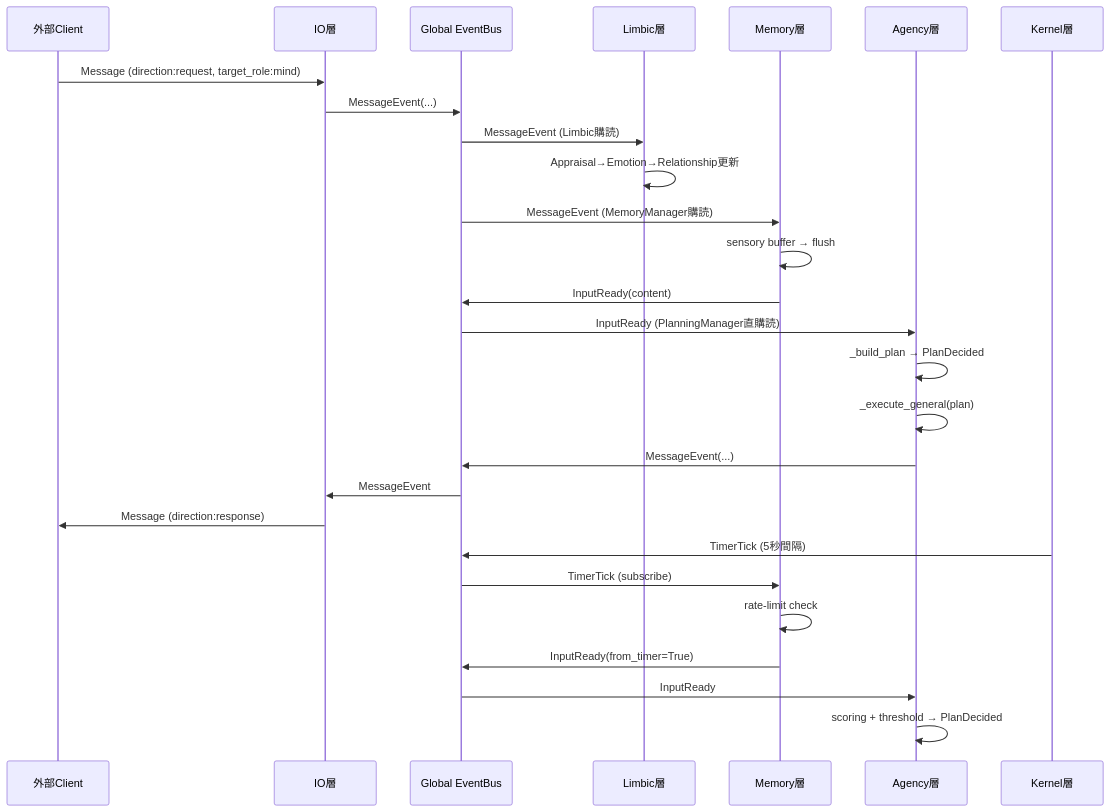
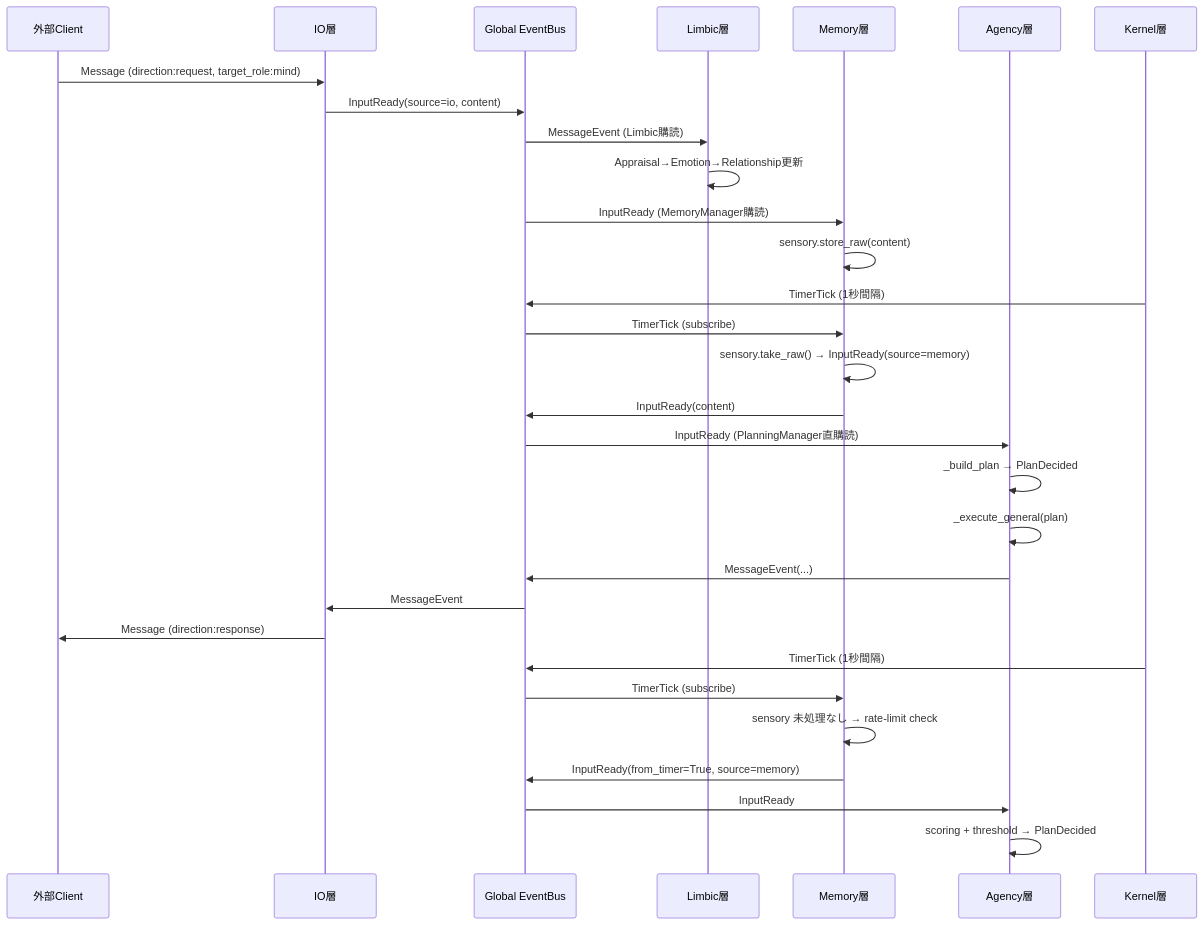
Before and after one commit to ibukani/iris-mind: the second of 4 diagrams in docs/architecture.md, drawn with Mermaid. The commit also changed 11 other files, not shown here.

First line of the commit message:
feat: TimerTick駆動の入力処理に変更（InputReady→sensory→TimerTick）

````diff
--- a/docs/architecture.md
+++ b/docs/architecture.md
@@ -101,31 +101,35 @@
 ```mermaid
 sequenceDiagram
     participant TCP as 外部Client
     participant IO as IO層
     participant EB as Global EventBus
     participant LIM as Limbic層
     participant MEM as Memory層
     participant AG as Agency層
     participant KRN as Kernel層
 
     TCP->>IO: Message (direction:request, target_role:mind)
-    IO->>EB: MessageEvent(...)
+    IO->>EB: InputReady(source=io, content)
     EB->>LIM: MessageEvent (Limbic購読)
     LIM->>LIM: Appraisal→Emotion→Relationship更新
-    EB->>MEM: MessageEvent (MemoryManager購読)
-    MEM->>MEM: sensory buffer → flush
+    EB->>MEM: InputReady (MemoryManager購読)
+    MEM->>MEM: sensory.store_raw(content)
+
+    KRN->>EB: TimerTick (1秒間隔)
+    EB->>MEM: TimerTick (subscribe)
+    MEM->>MEM: sensory.take_raw() → InputReady(source=memory)
     MEM->>EB: InputReady(content)
     EB->>AG: InputReady (PlanningManager直購読)
     AG->>AG: _build_plan → PlanDecided
     AG->>AG: _execute_general(plan)
     AG->>EB: MessageEvent(...)
     EB->>IO: MessageEvent
     IO->>TCP: Message (direction:response)
 
-    KRN->>EB: TimerTick (5秒間隔)
+    KRN->>EB: TimerTick (1秒間隔)
     EB->>MEM: TimerTick (subscribe)
-    MEM->>MEM: rate-limit check
-    MEM->>EB: InputReady(from_timer=True)
+    MEM->>MEM: sensory 未処理なし → rate-limit check
+    MEM->>EB: InputReady(from_timer=True, source=memory)
     EB->>AG: InputReady
     AG->>AG: scoring + threshold → PlanDecided
 ```
````
